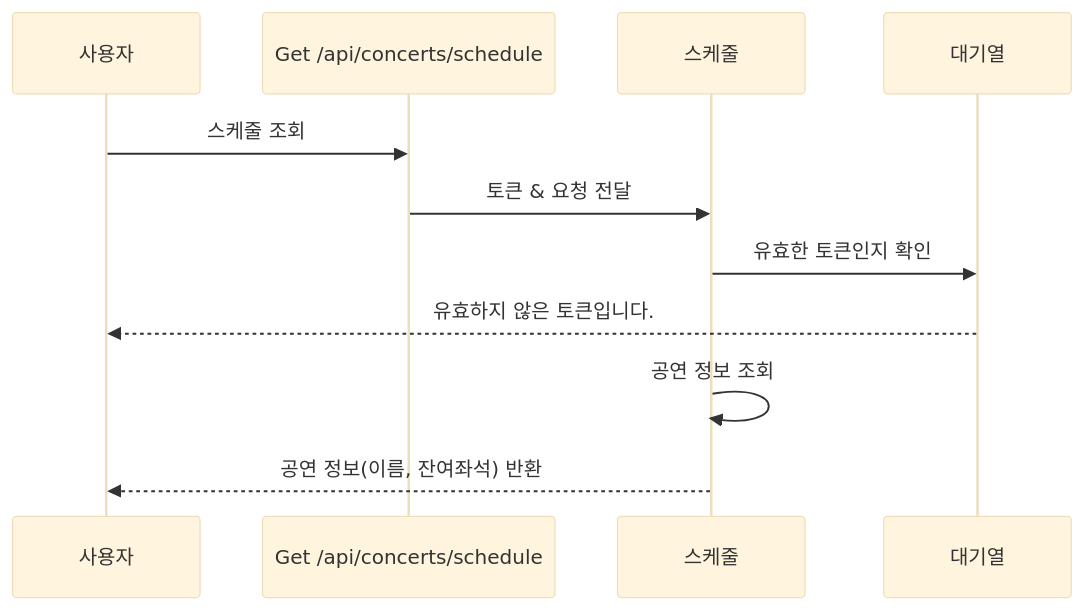
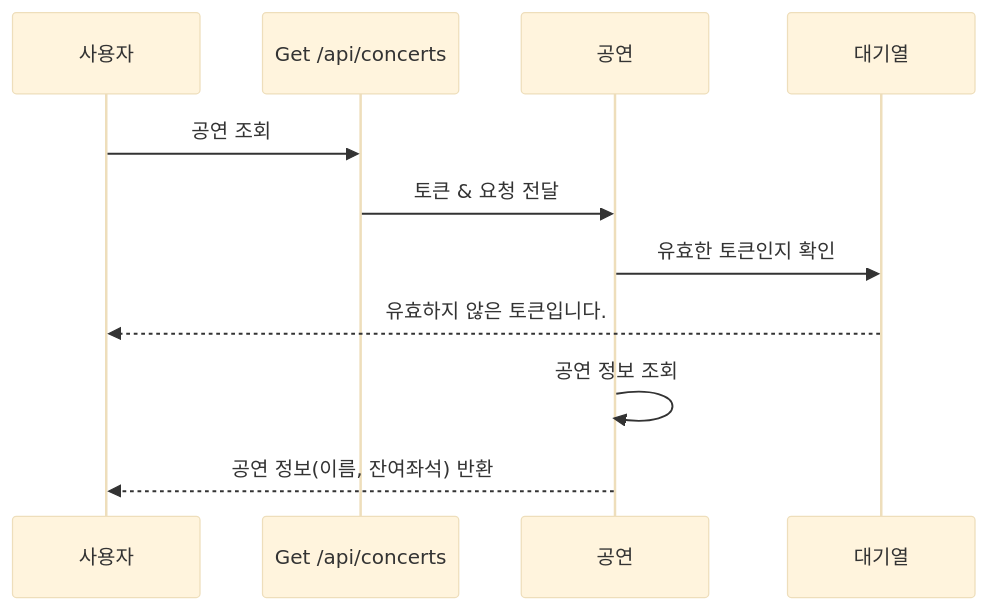
Before and after one commit to Ksanbal/Concert-Reservation-API: the sixth of 13 diagrams in README.md, drawn with Mermaid (base theme). The commit also changed other lines of this file, not shown here.

First line of the commit message:
:books:Docs: 대기열 토큰 시퀀스 다이어그램 변경

````diff
--- a/README.md
+++ b/README.md
@@ -47,12 +118,12 @@
 ```mermaid
 sequenceDiagram
 
-사용자 ->> Get /api/concerts/schedule: 스케줄 조회
-Get /api/concerts/schedule ->> 스케줄: 토큰 & 요청 전달
+사용자 ->> Get /api/concerts: 공연 조회
+Get /api/concerts ->> 공연: 토큰 & 요청 전달
 
-스케줄 ->> 대기열: 유효한 토큰인지 확인
+공연 ->> 대기열: 유효한 토큰인지 확인
 대기열 -->> 사용자: 유효하지 않은 토큰입니다.
 
-스케줄 ->> 스케줄: 공연 정보 조회
-스케줄 -->> 사용자: 공연 정보(이름, 잔여좌석) 반환
+공연 ->> 공연: 공연 정보 조회
+공연 -->> 사용자: 공연 정보(이름, 잔여좌석) 반환
 ```
````
